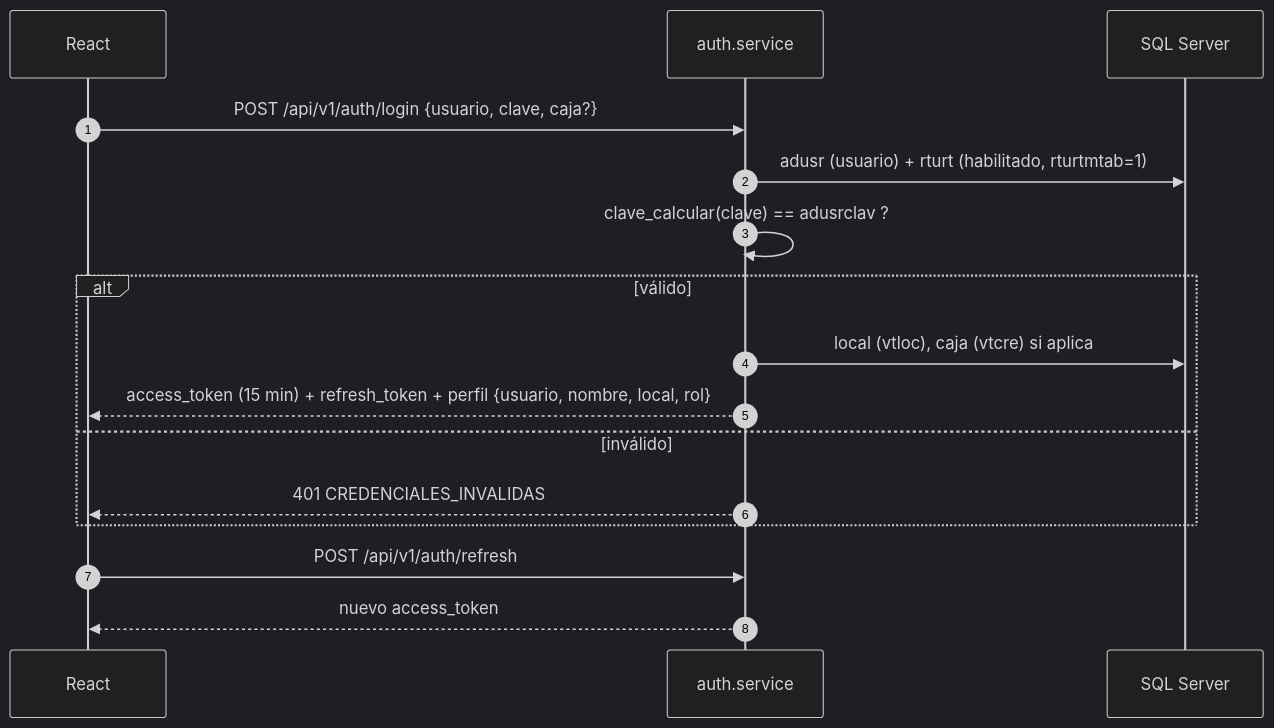
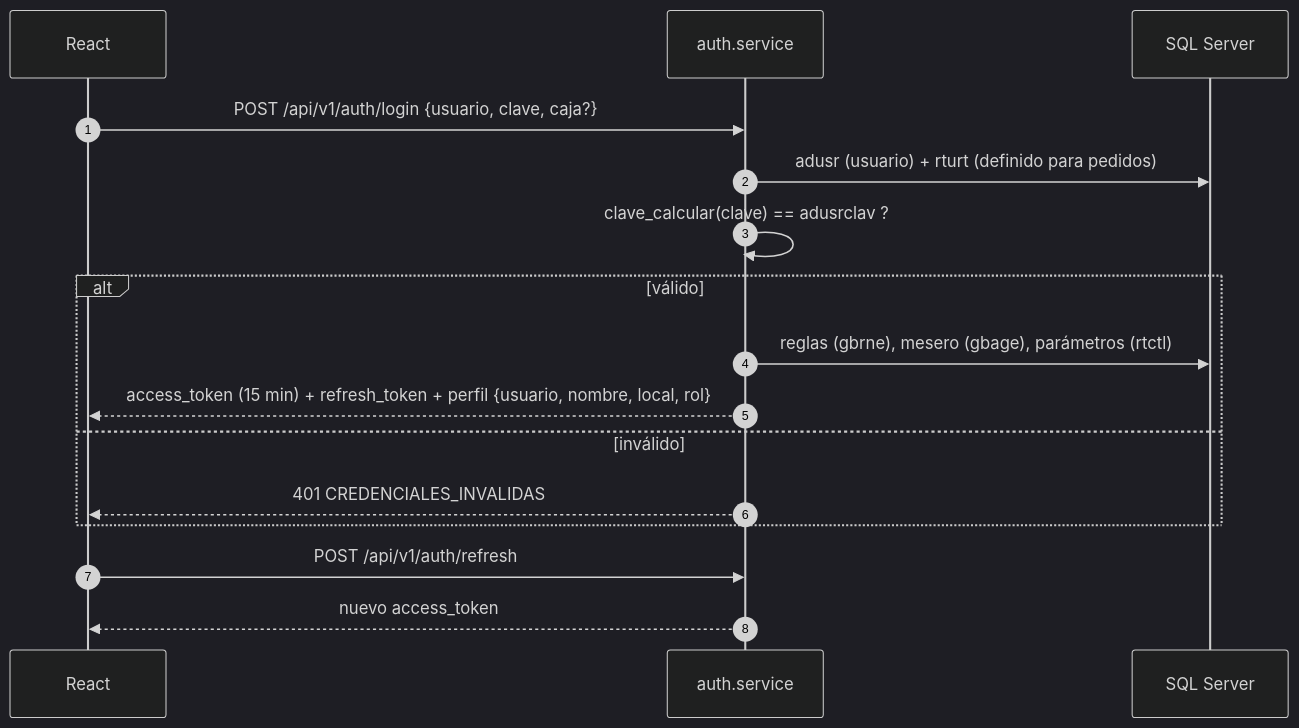
One commit to Diyhi0515/RT300 changed the second of 4 diagrams in docs/01-backend-flask.md. Above: the diagram before and after it, drawn with Mermaid (dark theme). The commit also changed other lines of this file and 193 other files, not shown here.

````diff
--- a/docs/01-backend-flask.md
+++ b/docs/01-backend-flask.md
@@ -104,18 +107,18 @@
 ```mermaid
 sequenceDiagram
     autonumber
     participant FE as React
     participant A as auth.service
     participant DB as SQL Server
     FE->>A: POST /api/v1/auth/login {usuario, clave, caja?}
-    A->>DB: adusr (usuario) + rturt (habilitado, rturtmtab=1)
+    A->>DB: adusr (usuario) + rturt (definido para pedidos)
     A->>A: clave_calcular(clave) == adusrclav ?
     alt válido
-        A->>DB: local (vtloc), caja (vtcre) si aplica
+        A->>DB: reglas (gbrne), mesero (gbage), parámetros (rtctl)
         A-->>FE: access_token (15 min) + refresh_token + perfil {usuario, nombre, local, rol}
     else inválido
         A-->>FE: 401 CREDENCIALES_INVALIDAS
     end
     FE->>A: POST /api/v1/auth/refresh
     A-->>FE: nuevo access_token
 ```
````
